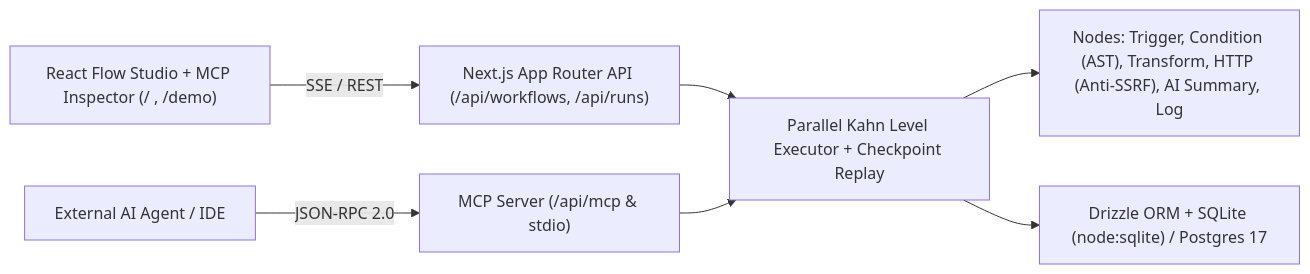
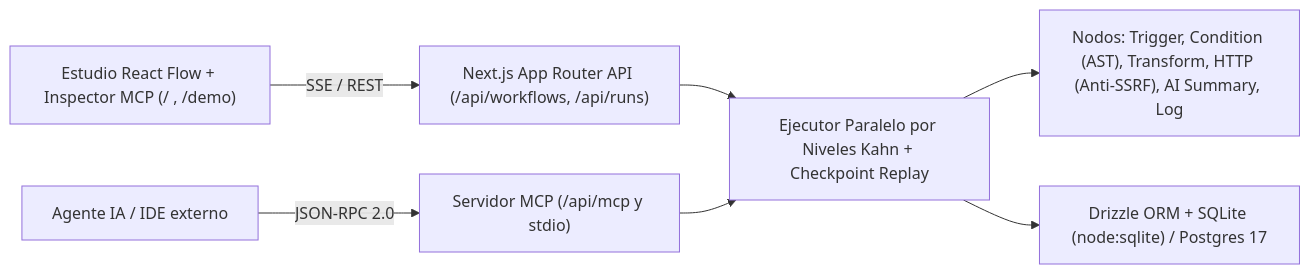
One commit to vejjeto/flowforge-dag changed the diagram in README.md. Above: the diagram before and after it, drawn with Mermaid. The commit also changed other lines of this file, not shown here.

````diff
--- a/README.md
+++ b/README.md
@@ -14,9 +16,9 @@
 ```mermaid
 flowchart LR
-  UI["React Flow Studio + MCP Inspector (/ , /demo)"] -->|SSE / REST| API["Next.js App Router API (/api/workflows, /api/runs)"]
-  Agent["External AI Agent / IDE"] -->|JSON-RPC 2.0| MCP["MCP Server (/api/mcp & stdio)"]
-  API --> Engine["Parallel Kahn Level Executor + Checkpoint Replay"]
+  UI["Estudio React Flow + Inspector MCP (/ , /demo)"] -->|SSE / REST| API["Next.js App Router API (/api/workflows, /api/runs)"]
+  Agent["Agente IA / IDE externo"] -->|JSON-RPC 2.0| MCP["Servidor MCP (/api/mcp y stdio)"]
+  API --> Engine["Ejecutor Paralelo por Niveles Kahn + Checkpoint Replay"]
   MCP --> Engine
-  Engine --> Nodes["Nodes: Trigger, Condition (AST), Transform, HTTP (Anti-SSRF), AI Summary, Log"]
+  Engine --> Nodes["Nodos: Trigger, Condition (AST), Transform, HTTP (Anti-SSRF), AI Summary, Log"]
   Engine --> DB["Drizzle ORM + SQLite (node:sqlite) / Postgres 17"]
 ```
````
